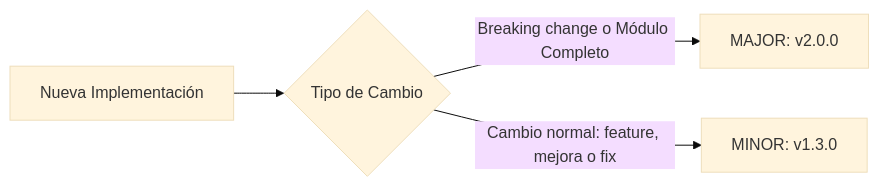
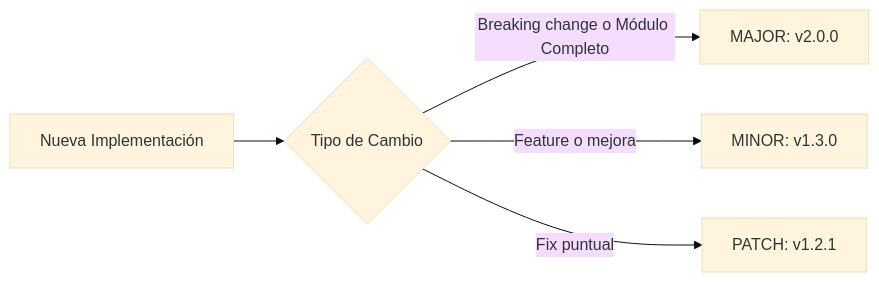
One commit to pintuclic/pintuclic changed the diagram in docs/00_SISTEMA/02_GUIAS_Y_ESTANDARES/GUIA_VERSIONADO_Y_WALKTHROUGHS.md. Above: the diagram before and after it, drawn with Mermaid (base theme). The commit also changed other lines of this file and 4 other files, not shown here.

````diff
--- a/docs/00_SISTEMA/02_GUIAS_Y_ESTANDARES/GUIA_VERSIONADO_Y_WALKTHROUGHS.md
+++ b/docs/00_SISTEMA/02_GUIAS_Y_ESTANDARES/GUIA_VERSIONADO_Y_WALKTHROUGHS.md
@@ -23,6 +23,7 @@
 ```mermaid
 graph LR
     A[Nueva Implementación] --> B{Tipo de Cambio}
     B -->|Breaking change o Módulo Completo| C[MAJOR: v2.0.0]
-    B -->|Cambio normal: feature, mejora o fix| D[MINOR: v1.3.0]
+    B -->|Feature o mejora| D[MINOR: v1.3.0]
+    B -->|Fix puntual| E[PATCH: v1.2.1]
 ```
````
